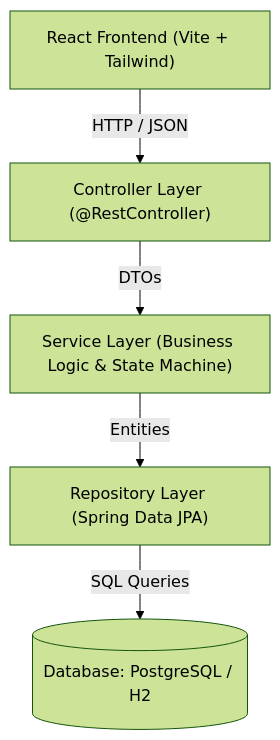
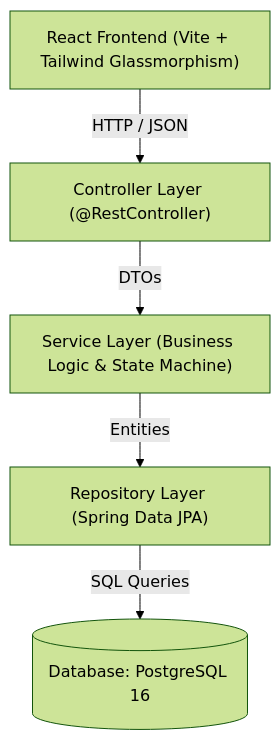
One commit to deshan2004/intern-leave-management-assignment changed the first of 2 diagrams in README.md. Above: the diagram before and after it, drawn with Mermaid (forest theme). The commit also changed other lines of this file and 1 other file, not shown here.

Commit message:
docs: sync README and SQL schema with PostgreSQL, attachment support, and technical defense

````diff
--- a/README.md
+++ b/README.md
@@ -46,7 +46,7 @@
 ```mermaid
 flowchart TD
-    Client["React Frontend (Vite + Tailwind)"] -->|HTTP / JSON| Controller["Controller Layer (@RestController)"]
+    Client["React Frontend (Vite + Tailwind Glassmorphism)"] -->|HTTP / JSON| Controller["Controller Layer (@RestController)"]
     Controller -->|DTOs| Service["Service Layer (Business Logic & State Machine)"]
     Service -->|Entities| Repository["Repository Layer (Spring Data JPA)"]
-    Repository -->|SQL Queries| DB[(Database: PostgreSQL / H2)]
+    Repository -->|SQL Queries| DB[(Database: PostgreSQL 16)]
 ```
````
